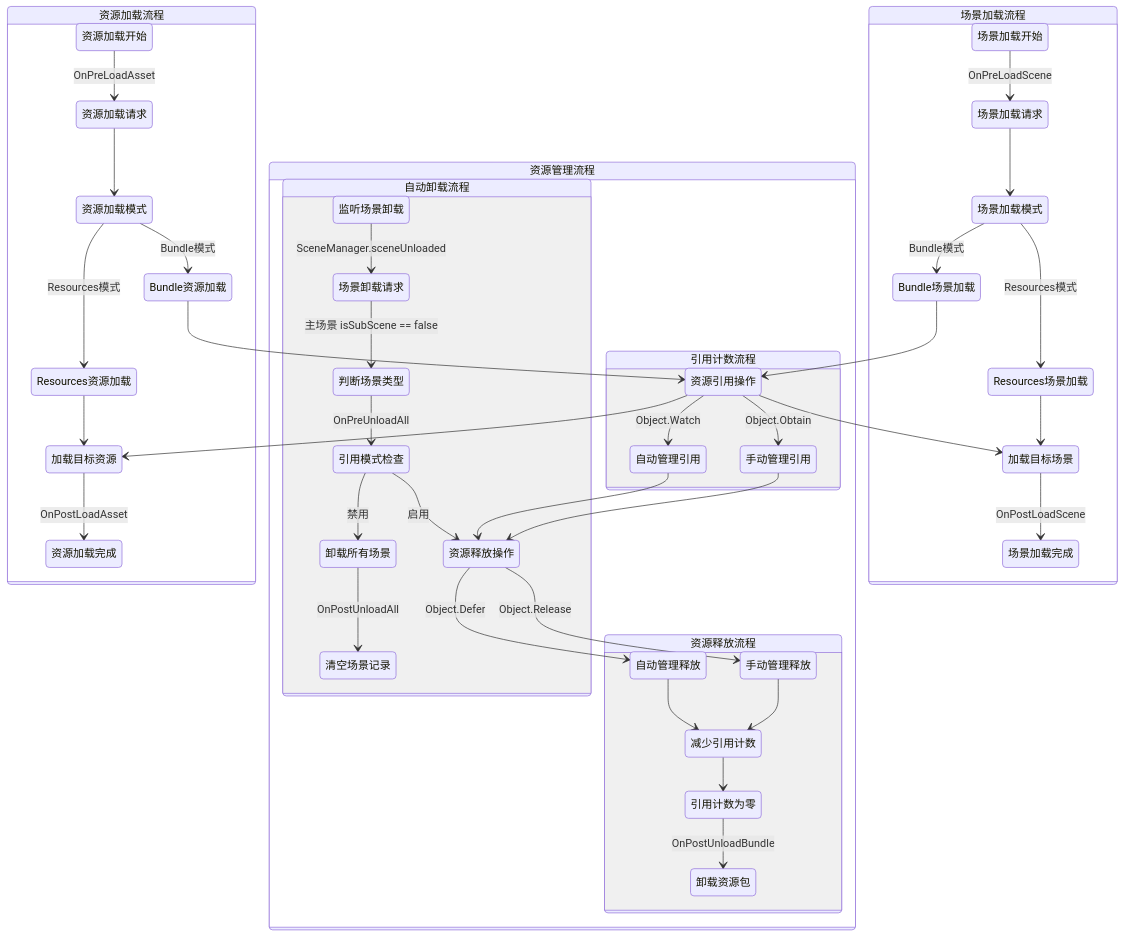
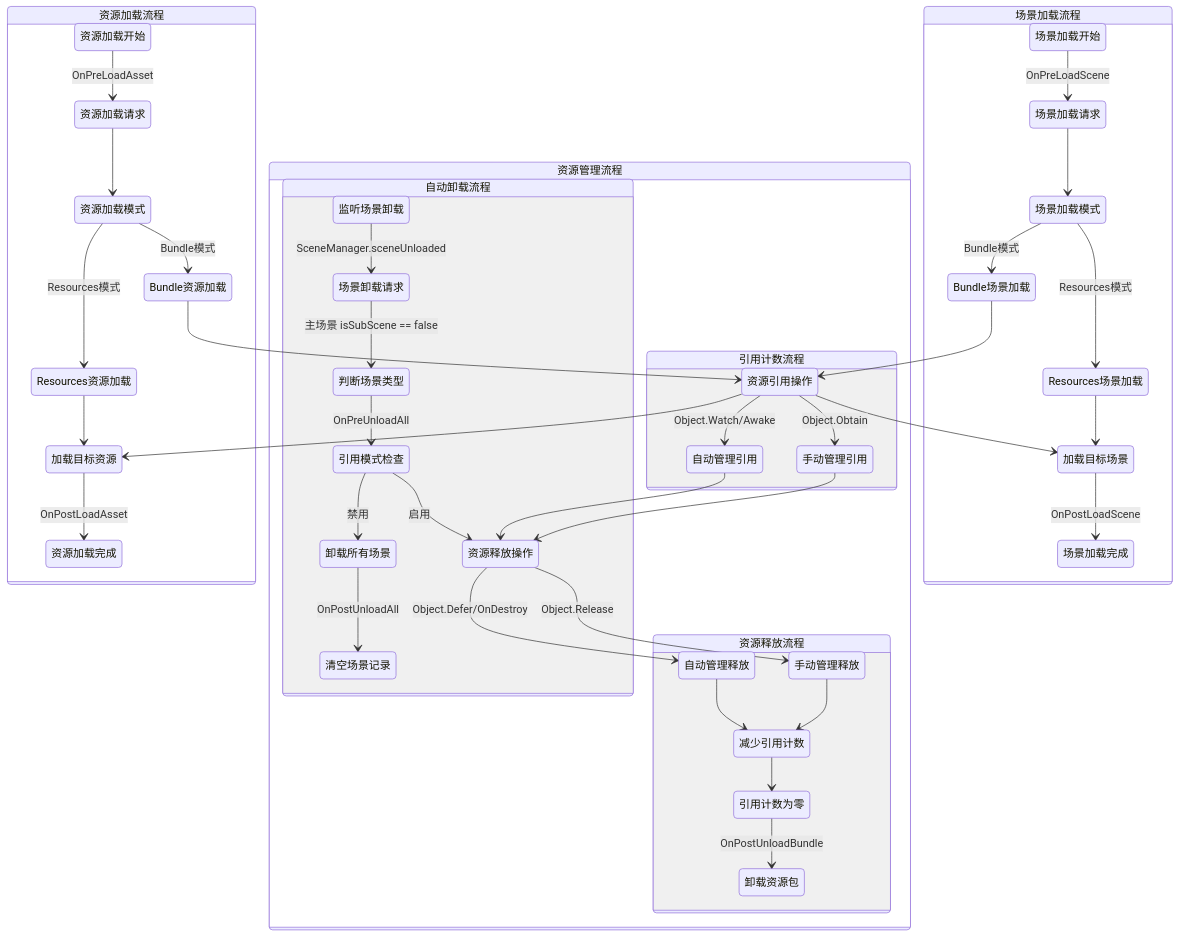
One commit to eframework-org/U3D.RES changed the diagram in Documentation~/XAsset.Core.md. Above: the diagram before and after it, drawn with Mermaid. The commit also changed 1 other file, not shown here.

Commit message:
docs: 更新 Core 模块文档

````diff
--- a/Documentation~/XAsset.Core.md
+++ b/Documentation~/XAsset.Core.md
@@ -21,64 +21,64 @@
 ```mermaid
 stateDiagram-v2
     direction TB
 
     state 资源加载流程 {
         资源加载开始 --> 资源加载请求 : OnPreLoadAsset
         资源加载请求 --> 资源加载模式
         
         资源加载模式 --> Bundle资源加载 : Bundle模式
         资源加载模式 --> Resources资源加载 : Resources模式
         
         Bundle资源加载 --> 资源引用操作
         Resources资源加载 --> 加载目标资源
         
         资源引用操作 --> 加载目标资源
         加载目标资源 --> 资源加载完成 : OnPostLoadAsset
     }
 
     state 场景加载流程 {
         场景加载开始 --> 场景加载请求 : OnPreLoadScene
         场景加载请求 --> 场景加载模式
         
         场景加载模式 --> Bundle场景加载 : Bundle模式
         场景加载模式 --> Resources场景加载 : Resources模式
 
         Bundle场景加载 --> 资源引用操作
         Resources场景加载 --> 加载目标场景
         
         资源引用操作 --> 加载目标场景
         加载目标场景 --> 场景加载完成 : OnPostLoadScene
     }
 
     state 资源管理流程 {
         state 引用计数流程 {
             资源引用操作 --> 手动管理引用 : Object.Obtain
-            资源引用操作 --> 自动管理引用 : Object.Watch
+            资源引用操作 --> 自动管理引用 : Object.Watch/Awake
 
             手动管理引用 --> 资源释放操作
             自动管理引用 --> 资源释放操作
         }
 
         state 资源释放流程 {
             资源释放操作 --> 手动管理释放 : Object.Release
-            资源释放操作 --> 自动管理释放 : Object.Defer
+            资源释放操作 --> 自动管理释放 : Object.Defer/OnDestroy
             
             手动管理释放 --> 减少引用计数
             自动管理释放 --> 减少引用计数
             
             减少引用计数 --> 引用计数为零
             引用计数为零 --> 卸载资源包 : OnPostUnloadBundle
         }
 
         state 自动卸载流程 {
             监听场景卸载 --> 场景卸载请求 : SceneManager.sceneUnloaded
             场景卸载请求 --> 判断场景类型 : 主场景 isSubScene == false
             判断场景类型 --> 引用模式检查 : OnPreUnloadAll
             
             引用模式检查 --> 资源释放操作 : 启用
             引用模式检查 --> 卸载所有场景 : 禁用
 
             卸载所有场景 --> 清空场景记录 : OnPostUnloadAll
         }
     }
 ```
````
